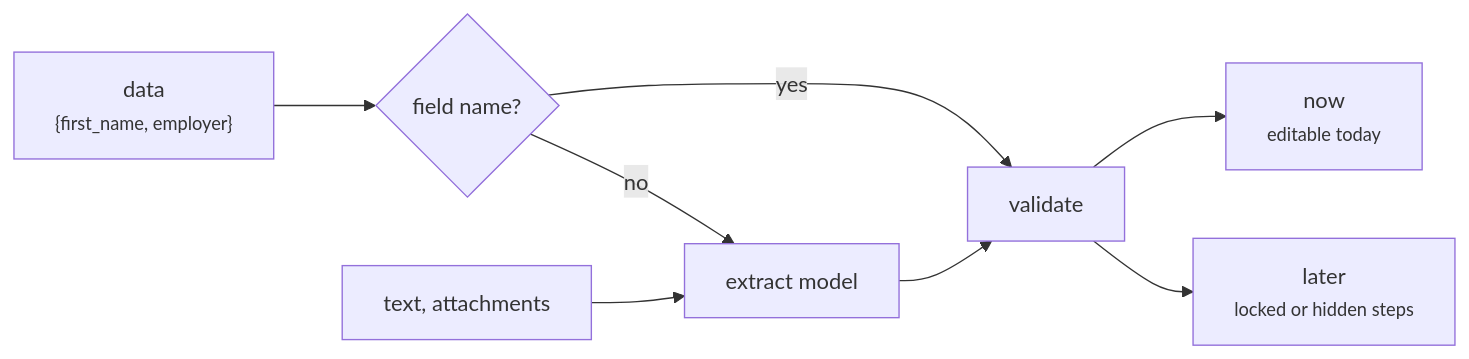
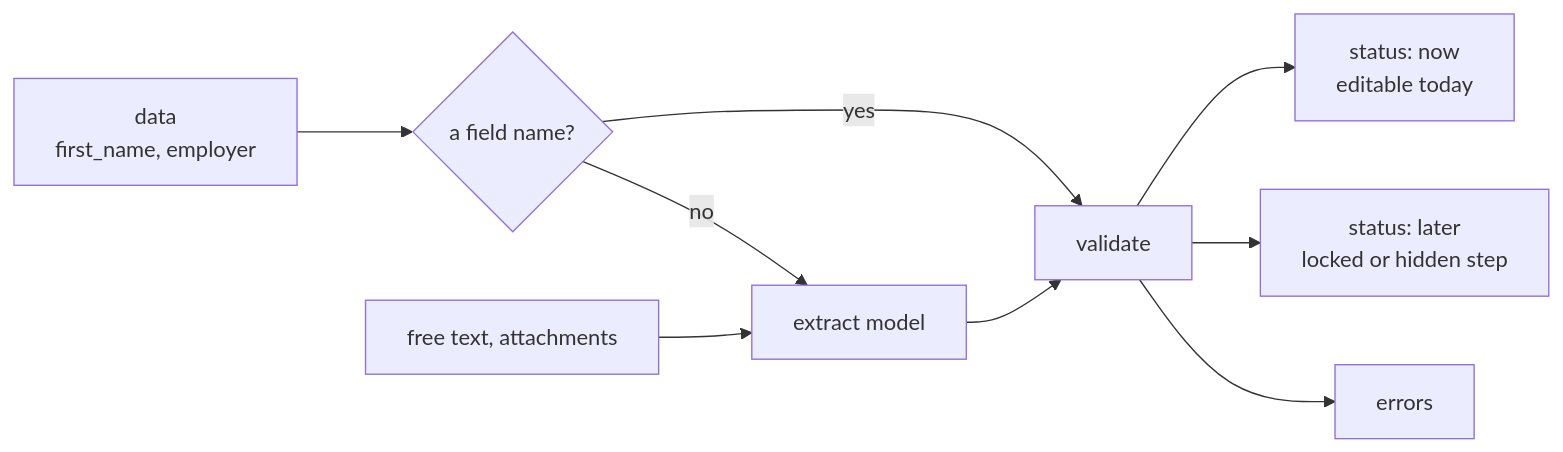
Before and after one commit to denvasylenko/dushes: the diagram in site/src/content/docs/backend/prefill.mdx, drawn with Mermaid. The commit also changed other lines of this file and 165 other files, not shown here.

````diff
--- a/site/src/content/docs/backend/prefill.mdx
+++ b/site/src/content/docs/backend/prefill.mdx
@@ -9,9 +9,10 @@
 ```mermaid
 flowchart LR
-  D["data<br/><small>{first_name, employer}</small>"] --> N{field name?}
+  D["data<br/>first_name, employer"] --> N{a field name?}
   N -->|yes| V[validate]
   N -->|no| X[extract model] --> V
-  T["text, attachments"] --> X
-  V --> NOW["now<br/><small>editable today</small>"]
-  V --> LATER["later<br/><small>locked or hidden steps</small>"]
+  T["free text, attachments"] --> X
+  V --> NOW["status: now<br/>editable today"]
+  V --> LATER["status: later<br/>locked or hidden step"]
+  V --> ERR["errors"]
 ```
````
